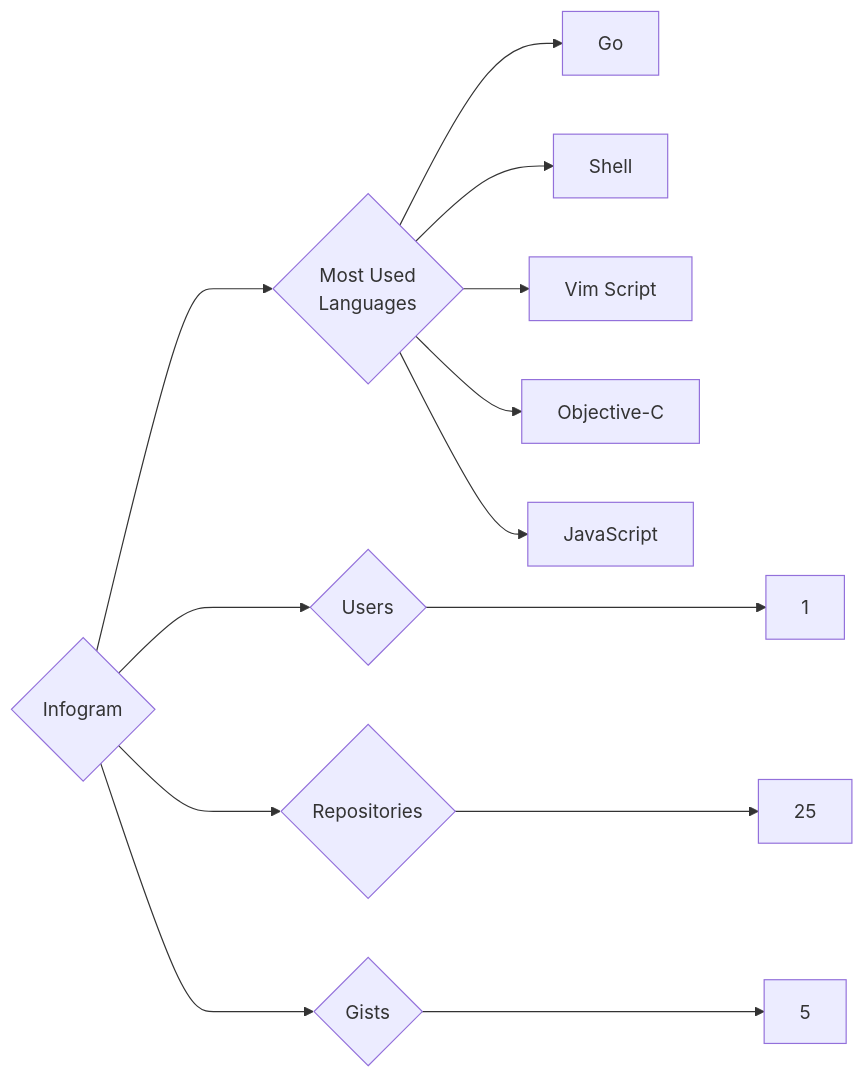
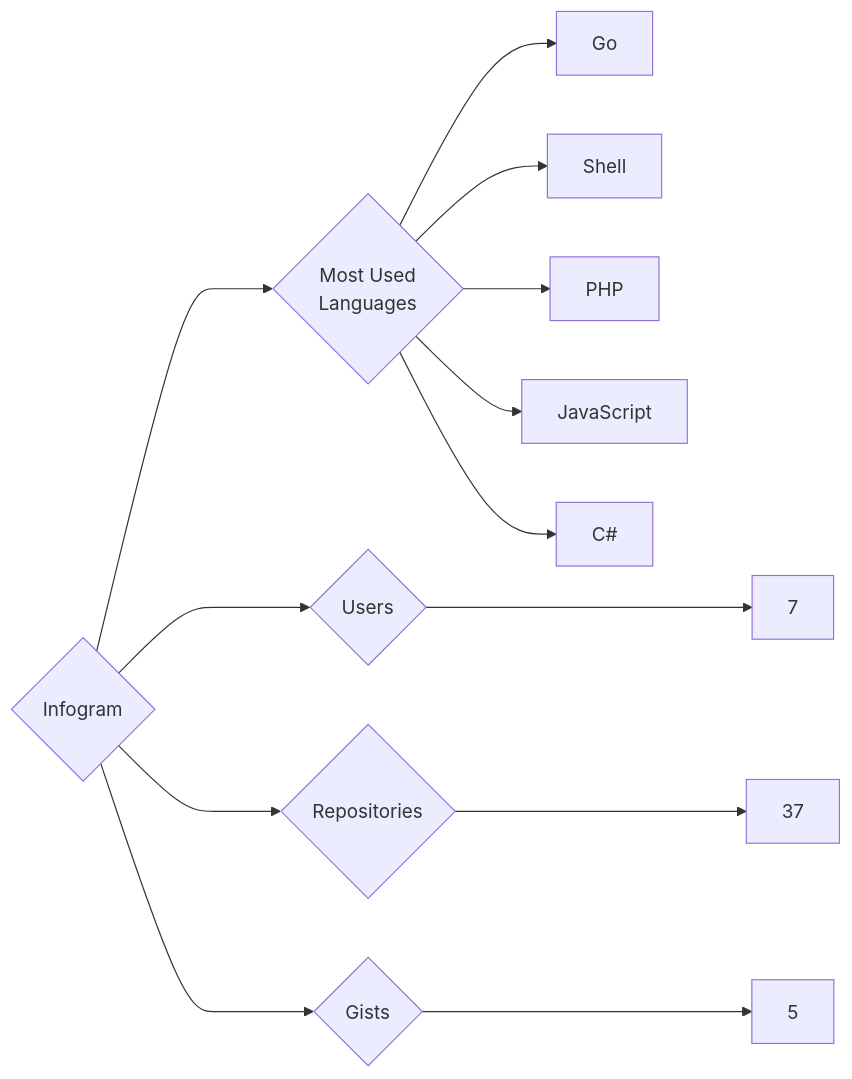
Before and after one commit to trickest/insiders: the diagram in targets/Infogram/README.md, drawn with Mermaid. The commit also changed 1314 other files, not shown here.

````diff
--- a/targets/Infogram/README.md
+++ b/targets/Infogram/README.md
@@ -3,13 +3,13 @@
 ```mermaid
 graph LR
 COMPANY_NAME{Infogram}
-COMPANY_NAME ---> U{Users} ---> UN[1]
-COMPANY_NAME ---> R{Repositories} ---> RN[25]
+COMPANY_NAME ---> U{Users} ---> UN[7]
+COMPANY_NAME ---> R{Repositories} ---> RN[37]
 COMPANY_NAME ---> G{Gists} ---> GN[5]
 COMPANY_NAME ---> ML{Most Used<br>Languages}
 ML --> Go[Go]
 ML --> Shell[Shell]
-ML --> Vim_Script[Vim Script]
-ML --> Objective-C[Objective-C]
+ML --> PHP[PHP]
 ML --> JavaScript[JavaScript]
+ML --> C#[C#]
 ```
````
